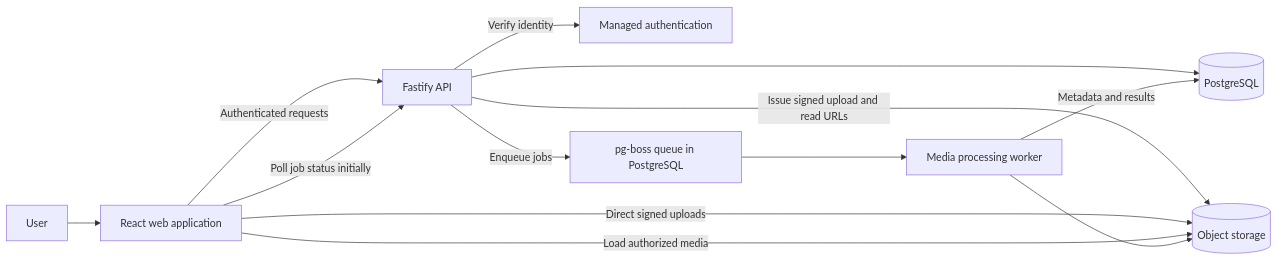
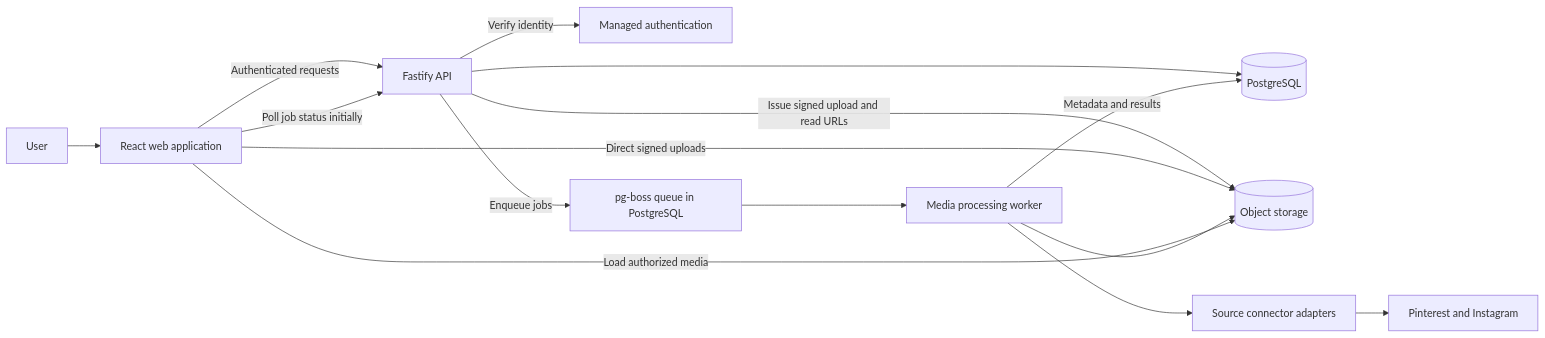
Before and after one commit to Shrey-12/HomeSpace: the first of 4 diagrams in README.md, drawn with Mermaid. The commit also changed other lines of this file, not shown here.

````diff
--- a/README.md
+++ b/README.md
@@ -63,15 +67,17 @@
 ```mermaid
 flowchart LR
     User[User] --> Web[React web application]
     Web -->|Authenticated requests| API[Fastify API]
     API -->|Verify identity| Auth[Managed authentication]
     API --> DB[(PostgreSQL)]
     API -->|Issue signed upload and read URLs| Storage[(Object storage)]
     Web -->|Direct signed uploads| Storage
     Web -->|Load authorized media| Storage
     API -->|Enqueue jobs| Queue[pg-boss queue in PostgreSQL]
     Queue --> Worker[Media processing worker]
+    Worker --> Connectors[Source connector adapters]
+    Connectors --> Providers[Pinterest and Instagram]
     Worker --> Storage
     Worker -->|Metadata and results| DB
     Web -->|Poll job status initially| API
 ```
````
